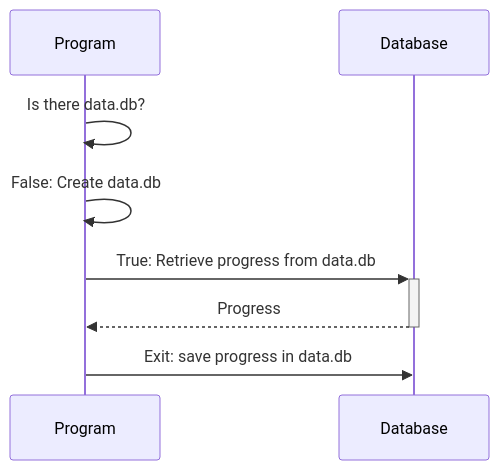
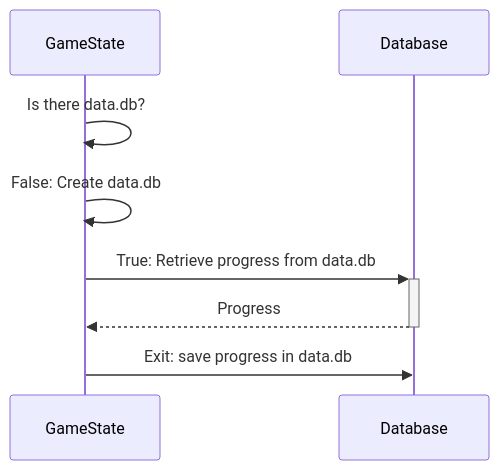
The diagram in dokumentaatio/arkkitehtuuri.md (anleik/ot-harjoitus), drawn with Mermaid before and after one commit. The commit also changed other lines of this file and 3 other files, not shown here.

````diff
--- a/dokumentaatio/arkkitehtuuri.md
+++ b/dokumentaatio/arkkitehtuuri.md
@@ -3,8 +16,8 @@
 ```mermaid
 sequenceDiagram
-    Program->> Program: Is there data.db?
-    Program ->> Program: False: Create data.db
-    Program ->>+ Database: True: Retrieve progress from data.db
-    Database-->>-Program: Progress
-    Program ->> Database: Exit: save progress in data.db
+    GameState->> GameState: Is there data.db?
+    GameState ->> GameState: False: Create data.db
+    GameState ->>+ Database: True: Retrieve progress from data.db
+    Database-->>-GameState: Progress
+    GameState ->> Database: Exit: save progress in data.db
 ```
````
